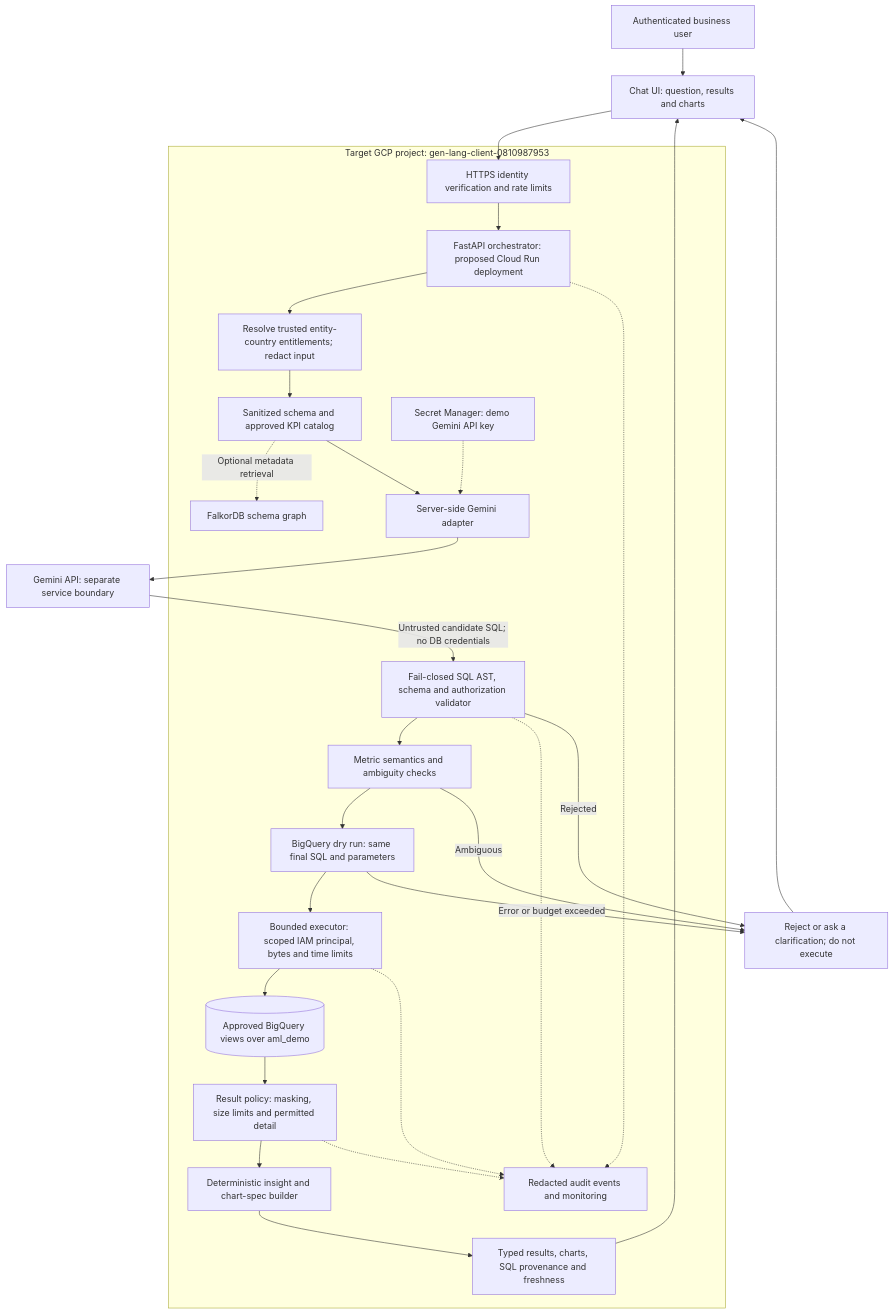
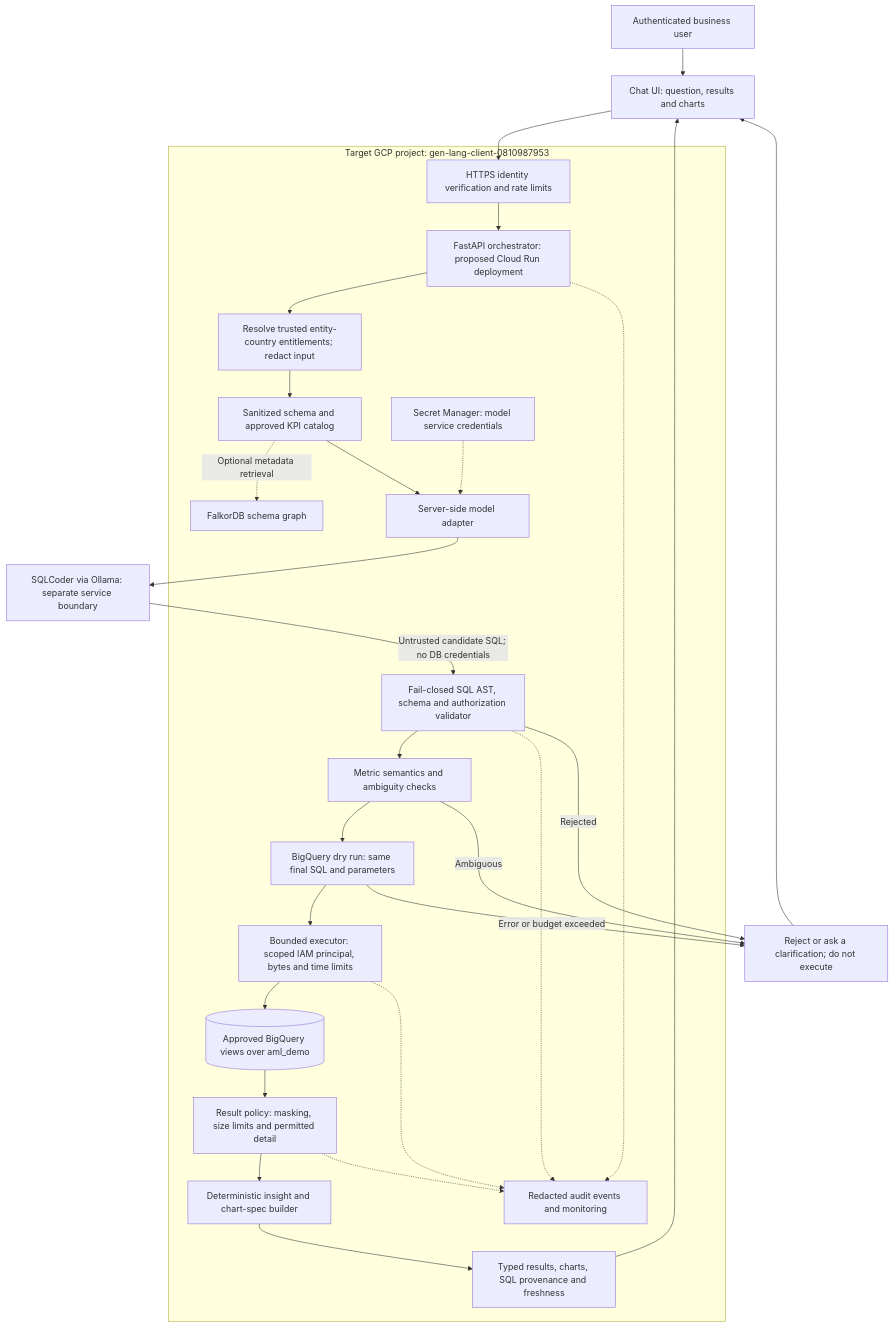
Before and after one commit to r-rishit27/gft_hackathon: the second of 2 diagrams in docs/ARCHITECTURE.md, drawn with Mermaid. The commit also changed other lines of this file, not shown here.

First line of the commit message:
Replace the component diagram and remove Gemini from the target diagram

````diff
--- a/docs/ARCHITECTURE.md
+++ b/docs/ARCHITECTURE.md
@@ -267,32 +256,32 @@
 ```mermaid
 flowchart TD
     U[Authenticated business user] --> UI[Chat UI: question, results and charts]
     UI --> AUTH[HTTPS identity verification and rate limits]
     subgraph P[Target GCP project: gen-lang-client-0810987953]
         AUTH --> API[FastAPI orchestrator: proposed Cloud Run deployment]
         API --> POLICY[Resolve trusted entity-country entitlements; redact input]
         POLICY --> CAT[Sanitized schema and approved KPI catalog]
         CAT -. Optional metadata retrieval .-> KG[FalkorDB schema graph]
-        CAT --> ADAPTER[Server-side Gemini adapter]
-        SM[Secret Manager: demo Gemini API key] -.-> ADAPTER
+        CAT --> ADAPTER[Server-side model adapter]
+        SM[Secret Manager: model service credentials] -.-> ADAPTER
         V[Fail-closed SQL AST, schema and authorization validator]
         V --> SEM[Metric semantics and ambiguity checks]
         SEM --> DRY[BigQuery dry run: same final SQL and parameters]
         DRY --> EXEC[Bounded executor: scoped IAM principal, bytes and time limits]
         EXEC --> BQ[(Approved BigQuery views over aml_demo)]
         BQ --> GUARD[Result policy: masking, size limits and permitted detail]
         GUARD --> DASH[Deterministic insight and chart-spec builder]
         DASH --> RESP[Typed results, charts, SQL provenance and freshness]
         API -.-> AUDIT[Redacted audit events and monitoring]
         V -.-> AUDIT
         EXEC -.-> AUDIT
         GUARD -.-> AUDIT
     end
-    ADAPTER --> LLM[Gemini API: separate service boundary]
+    ADAPTER --> LLM[SQLCoder via Ollama: separate service boundary]
     LLM -->|Untrusted candidate SQL; no DB credentials| V
     V -->|Rejected| CLARIFY[Reject or ask a clarification; do not execute]
     SEM -->|Ambiguous| CLARIFY
     DRY -->|Error or budget exceeded| CLARIFY
     CLARIFY --> UI
     RESP --> UI
 ```
````
